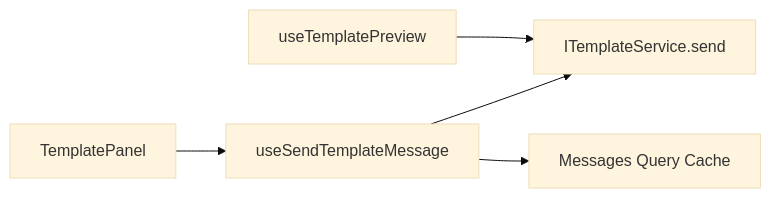
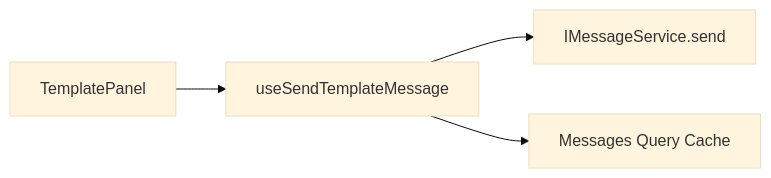
One commit to givingwu/bifrost-chat changed the fourth of 4 diagrams in design/architecture-diagrams.md. Above: the diagram before and after it, drawn with Mermaid (base theme). The commit also changed other lines of this file and 26 other files, not shown here.

````diff
--- a/design/architecture-diagrams.md
+++ b/design/architecture-diagrams.md
@@ -96,7 +99,6 @@
 ```mermaid
 graph LR
   TP[TemplatePanel] --> UST[useSendTemplateMessage]
-  UST --> ITS[ITemplateService.send]
+  UST --> IMS[IMessageService.send]
   UST --> MQC[Messages Query Cache]
-  UTP[useTemplatePreview] --> ITS
 ```
````
